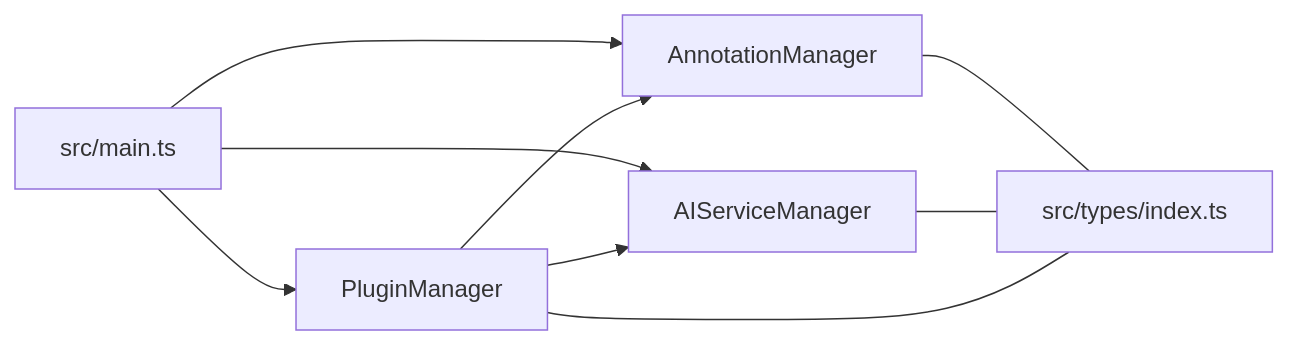
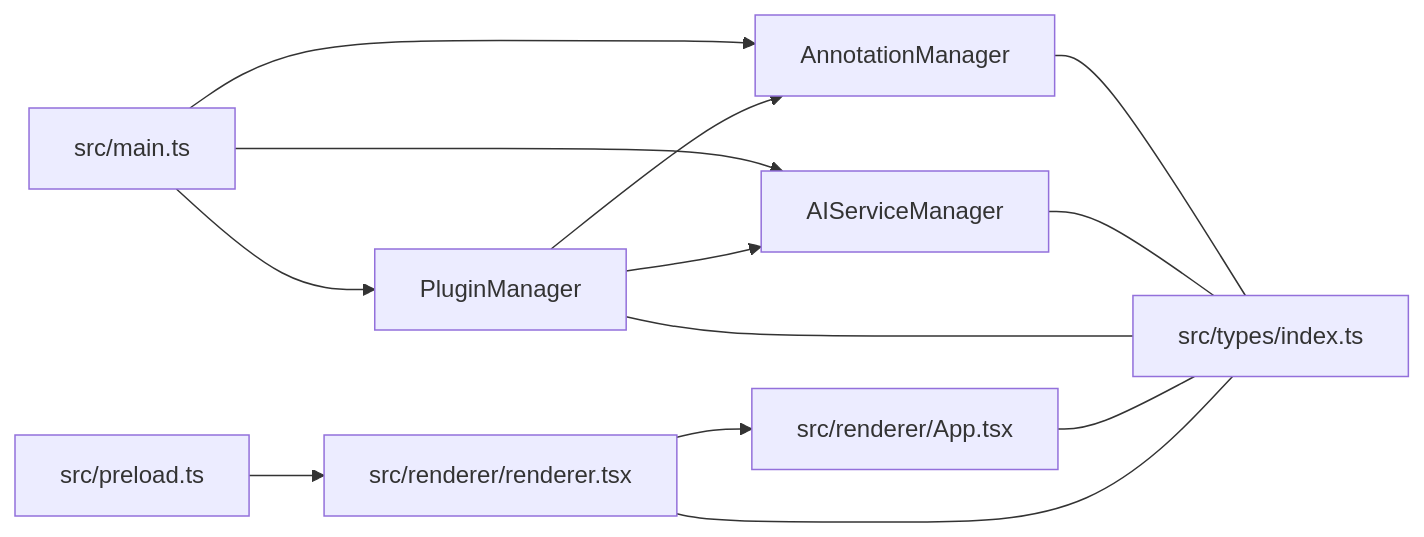
Diagram 13 of 13 in .qoder/repowiki/en/content/Architecture Overview/Core Component Architecture.md (Chunde/SciPDFReader), drawn with Mermaid before and after one commit. The commit also changed other lines of this file and 9 other files, not shown here.

````diff
--- a/.qoder/repowiki/en/content/Architecture Overview/Core Component Architecture.md
+++ b/.qoder/repowiki/en/content/Architecture Overview/Core Component Architecture.md
@@ -409,11 +518,15 @@
 ```mermaid
 graph LR
 MAIN["src/main.ts"] --> ANNOT["AnnotationManager"]
 MAIN --> AI["AIServiceManager"]
 MAIN --> PLUG["PluginManager"]
+PRELOAD["src/preload.ts"] --> RENDERER["src/renderer/renderer.tsx"]
+RENDERER --> APP["src/renderer/App.tsx"]
 PLUG --> ANNOT
 PLUG --> AI
 ANNOT --- TYPES["src/types/index.ts"]
 AI --- TYPES
 PLUG --- TYPES
+APP --- TYPES
+RENDERER --- TYPES
 ```
````
